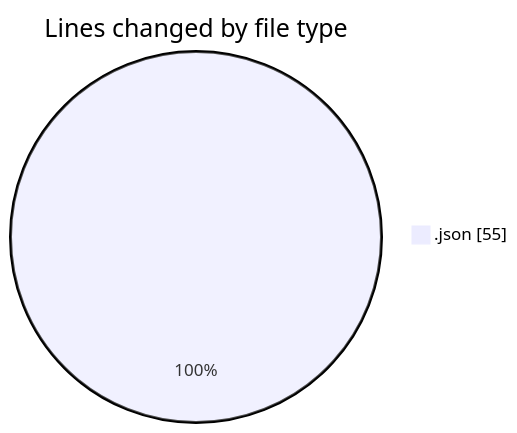
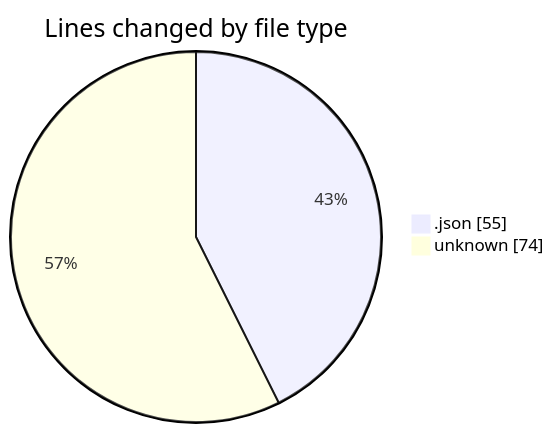
Before and after one commit to momahboobian/code-tracking: the first of 2 diagrams in 2025-01-30/good-pr/README.md, drawn with Mermaid. The commit also changed other lines of this file and 1 other file, not shown here.

````diff
--- a/2025-01-30/good-pr/README.md
+++ b/2025-01-30/good-pr/README.md
@@ -21,5 +22,6 @@
 ```mermaid
 pie showData
 title Lines changed by file type
 ".json" : 55
+"unknown" : 74
 ```
````
